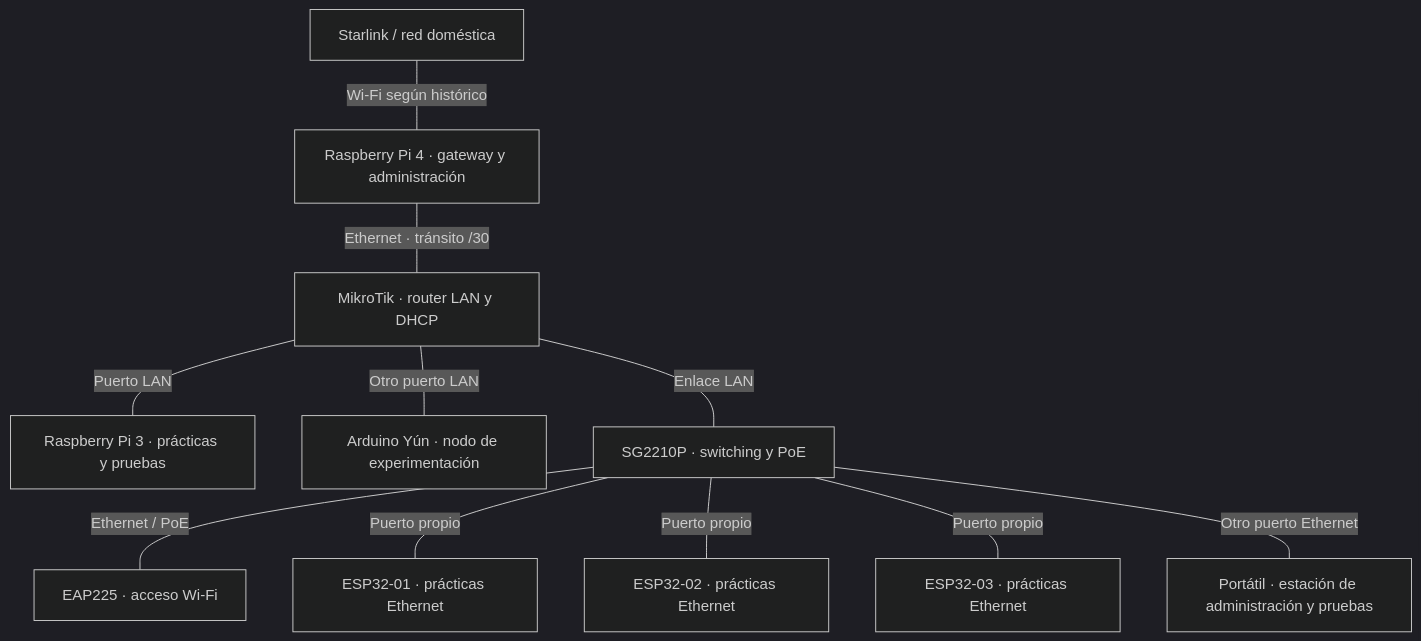
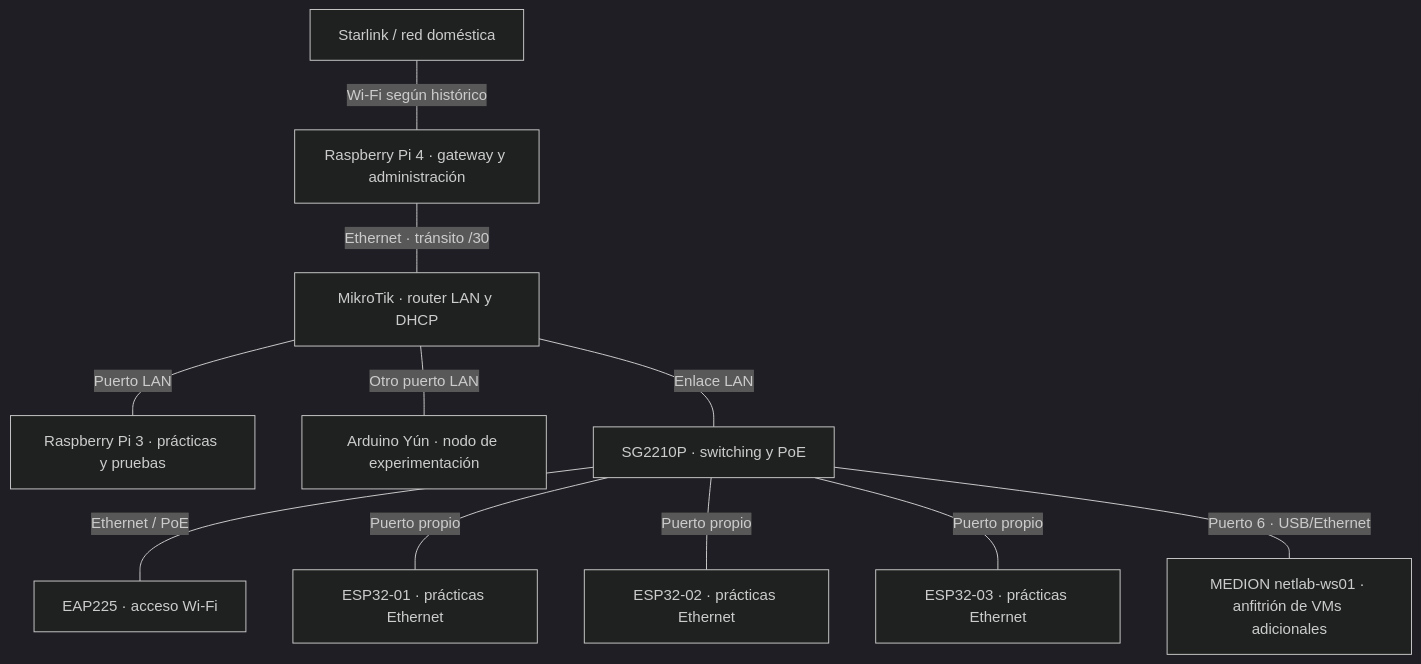
Before and after one commit to p0p1as71/gestor-redes-laboratorio: the diagram in laboratorio-fisico/topologia.md, drawn with Mermaid (dark theme). The commit also changed other lines of this file, not shown here.

Commit message:
docs: confirmar puertos 1 2 6 y MEDION en mapa físico

````diff
--- a/laboratorio-fisico/topologia.md
+++ b/laboratorio-fisico/topologia.md
@@ -11,13 +11,13 @@
 ```mermaid
 flowchart TD
     S["Starlink / red doméstica"] ---|"Wi-Fi según histórico"| P4["Raspberry Pi 4 · gateway y administración"]
     P4 ---|"Ethernet · tránsito /30"| M["MikroTik · router LAN y DHCP"]
     M ---|"Puerto LAN"| P3["Raspberry Pi 3 · prácticas y pruebas"]
     M ---|"Otro puerto LAN"| Y["Arduino Yún · nodo de experimentación"]
     M ---|"Enlace LAN"| SW["SG2210P · switching y PoE"]
     SW ---|"Ethernet / PoE"| AP["EAP225 · acceso Wi-Fi"]
     SW ---|"Puerto propio"| E1["ESP32-01 · prácticas Ethernet"]
     SW ---|"Puerto propio"| E2["ESP32-02 · prácticas Ethernet"]
     SW ---|"Puerto propio"| E3["ESP32-03 · prácticas Ethernet"]
-    SW ---|"Otro puerto Ethernet"| L["Portátil · estación de administración y pruebas"]
+    SW ---|"Puerto 6 · USB/Ethernet"| L["MEDION netlab-ws01 · anfitrión de VMs adicionales"]
 ```
````
